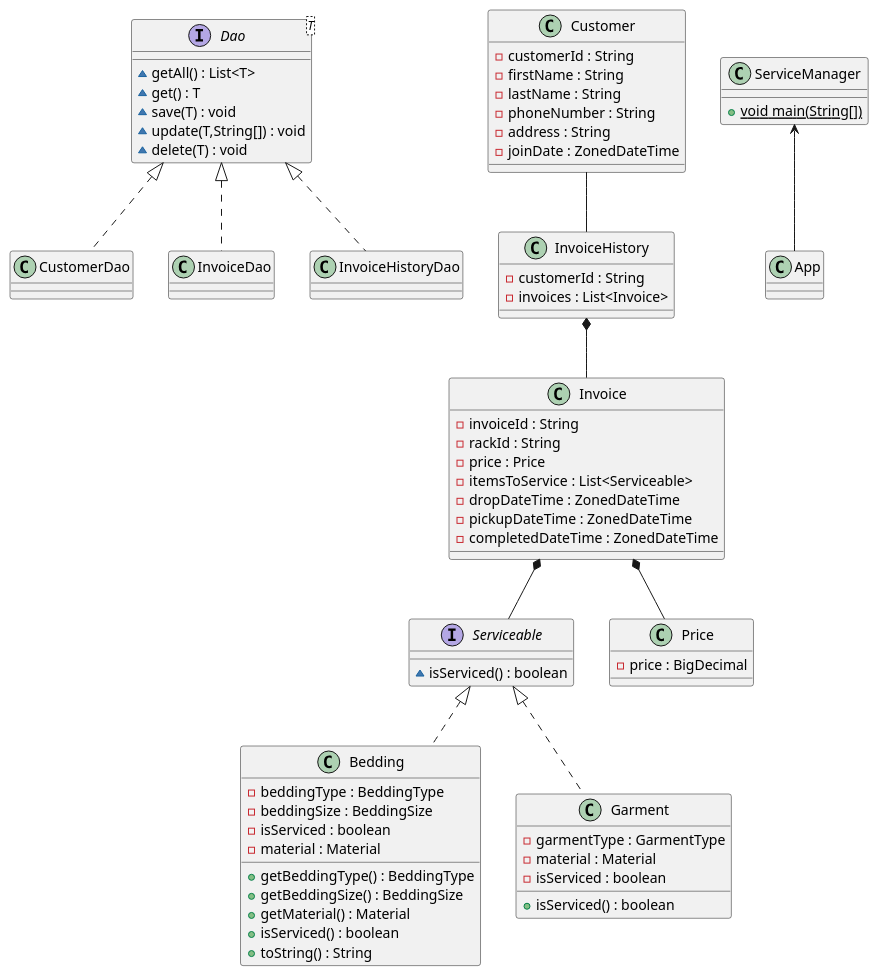
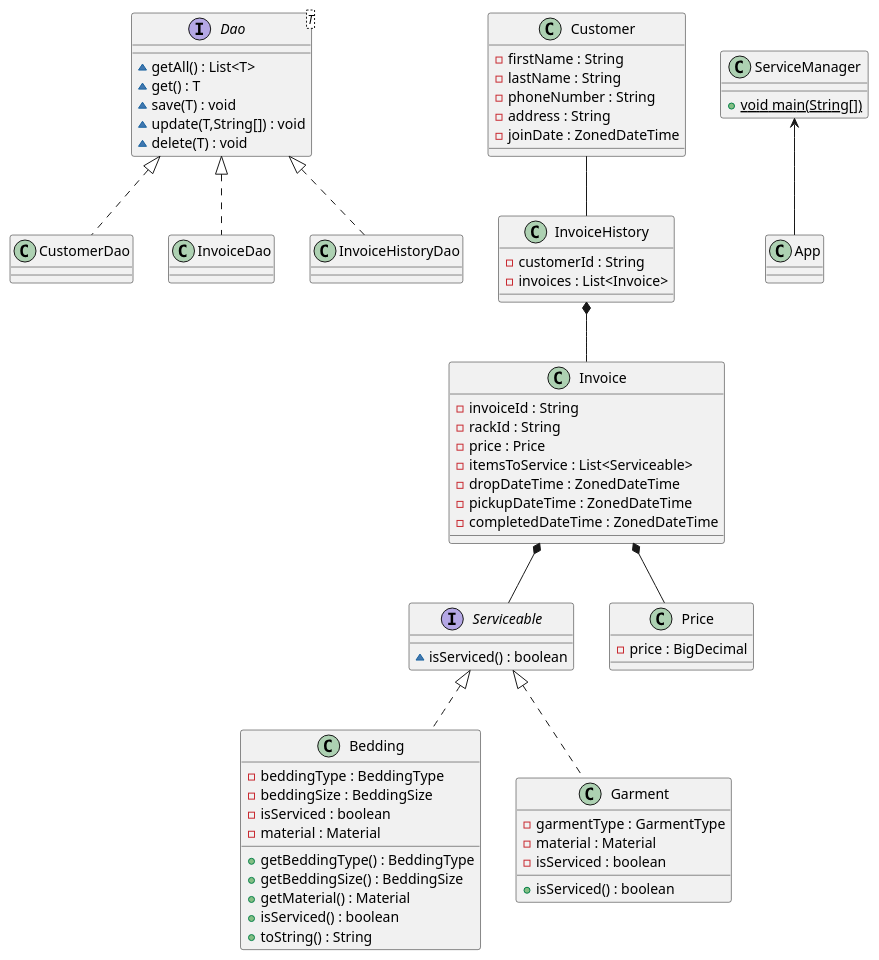
Before and after one commit to willkim76/portfolio: the diagram in ServiceManager/src/main/resources/ServiceManagerOverview.puml, drawn with PlantUML. The commit also changed 28 other files, not shown here.

```diff
--- a/ServiceManager/src/main/resources/ServiceManagerOverview.puml
+++ b/ServiceManager/src/main/resources/ServiceManagerOverview.puml
@@ -1,76 +1,75 @@
 @startuml
 class CustomerDao {
 }
 class Bedding {
 - beddingType : BeddingType
 - beddingSize : BeddingSize
 - isServiced : boolean
 - material : Material
 + getBeddingType() : BeddingType
 + getBeddingSize() : BeddingSize
 + getMaterial() : Material
 + isServiced() : boolean
 + toString() : String
 }
 class Invoice {
 - invoiceId : String
 - rackId : String
 - price : Price
 - itemsToService : List<Serviceable>
 - dropDateTime : ZonedDateTime
 - pickupDateTime : ZonedDateTime
 - completedDateTime : ZonedDateTime
 }
 class InvoiceHistory {
 - customerId : String
 - invoices : List<Invoice>
 }
 interface Serviceable {
 ~ isServiced() : boolean
 }
 interface Dao<T> {
 ~ getAll() : List<T>
 ~ get() : T
 ~ save(T) : void
 ~ update(T,String[]) : void
 ~ delete(T) : void
 }
 class InvoiceDao {
 }
 class Garment {
 - garmentType : GarmentType
 - material : Material
 - isServiced : boolean
 + isServiced() : boolean
 }
 class App {
 }
 class ServiceManager {
 + {static} void main(String[])
 }
 class Price {
 - price : BigDecimal
 }
 class Customer {
-- customerId : String
 - firstName : String
 - lastName : String
 - phoneNumber : String
 - address : String
 - joinDate : ZonedDateTime
 }
 
 Serviceable <|.. Bedding
 Serviceable <|.. Garment
 Dao <|.. CustomerDao
 Dao <|.. InvoiceDao
 Dao <|.. InvoiceHistoryDao
 
 Customer -- InvoiceHistory
 
 Invoice *-- Serviceable
 Invoice *-- Price
 InvoiceHistory *-- Invoice
 
 ServiceManager <-- App
 @enduml
```
